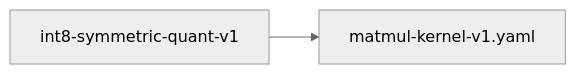
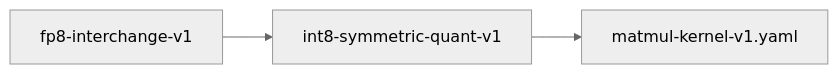
Before and after one commit to paiml/provable-contracts: the diagram in book/src/contracts/int8-symmetric-quant-v1.md, drawn with Mermaid (neutral theme). The commit also changed other lines of this file and 136 other files, not shown here.

````diff
--- a/book/src/contracts/int8-symmetric-quant-v1.md
+++ b/book/src/contracts/int8-symmetric-quant-v1.md
@@ -18,4 +18,5 @@
 ```mermaid
 graph LR
     int8_symmetric_quant_v1["int8-symmetric-quant-v1"] --> matmul_kernel_v1.yaml["matmul-kernel-v1.yaml"]
+    fp8_interchange_v1["fp8-interchange-v1"] --> int8_symmetric_quant_v1["int8-symmetric-quant-v1"]
 ```
````
